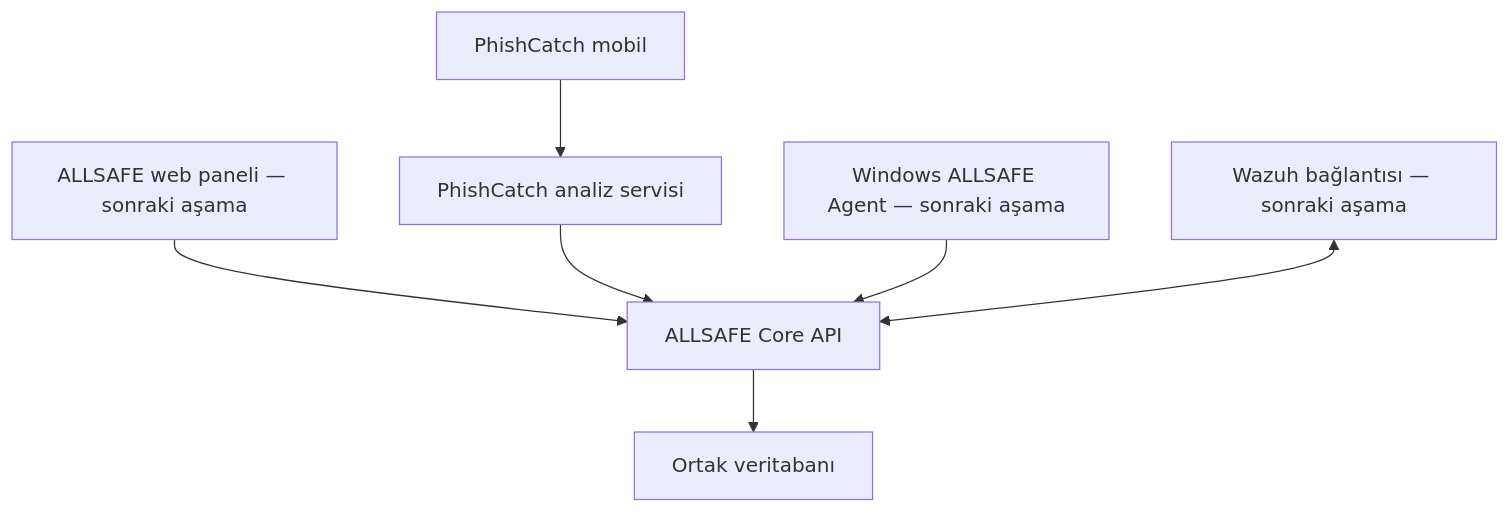
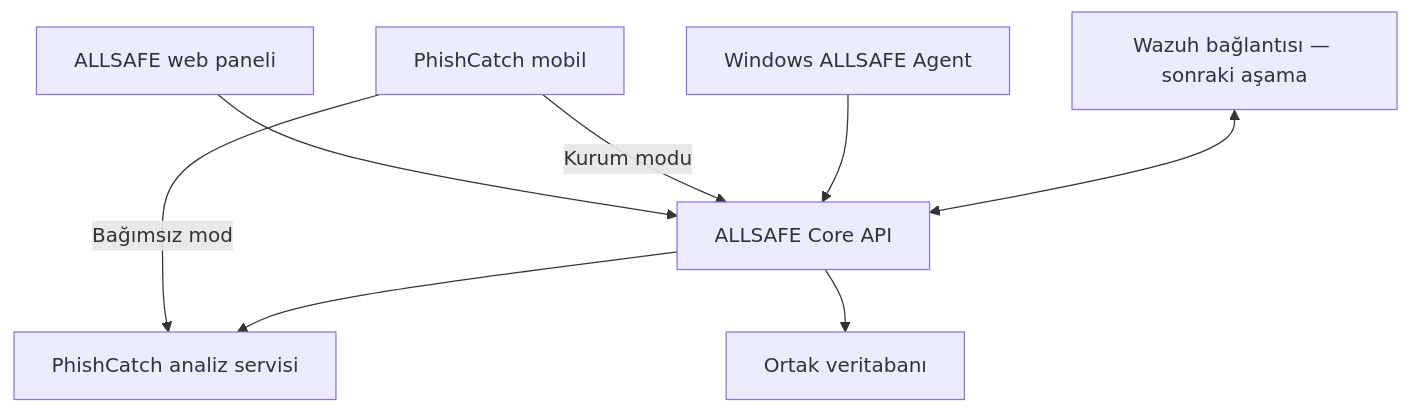
The diagram in docs/architecture.md (KeremDuz/ALLSAFE), drawn with Mermaid before and after one commit. The commit also changed other lines of this file and 31 other files, not shown here.

````diff
--- a/docs/architecture.md
+++ b/docs/architecture.md
@@ -7,9 +7,10 @@
 ```mermaid
 flowchart TB
-    Panel["ALLSAFE web paneli — sonraki aşama"] --> Core["ALLSAFE Core API"]
-    Mobile["PhishCatch mobil"] --> Phish["PhishCatch analiz servisi"]
-    Phish --> Core
-    Agent["Windows ALLSAFE Agent — sonraki aşama"] --> Core
+    Panel["ALLSAFE web paneli"] --> Core["ALLSAFE Core API"]
+    Mobile["PhishCatch mobil"] -->|"Kurum modu"| Core
+    Mobile -->|"Bağımsız mod"| Phish["PhishCatch analiz servisi"]
+    Core --> Phish
+    Agent["Windows ALLSAFE Agent"] --> Core
     Wazuh["Wazuh bağlantısı — sonraki aşama"] <--> Core
     Core --> Database["Ortak veritabanı"]
 ```
````
